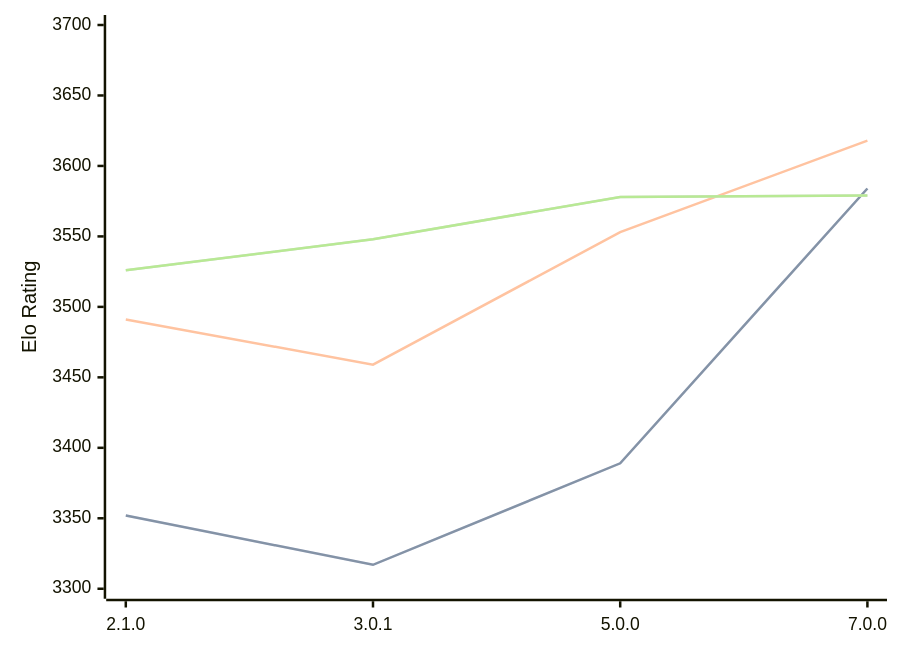
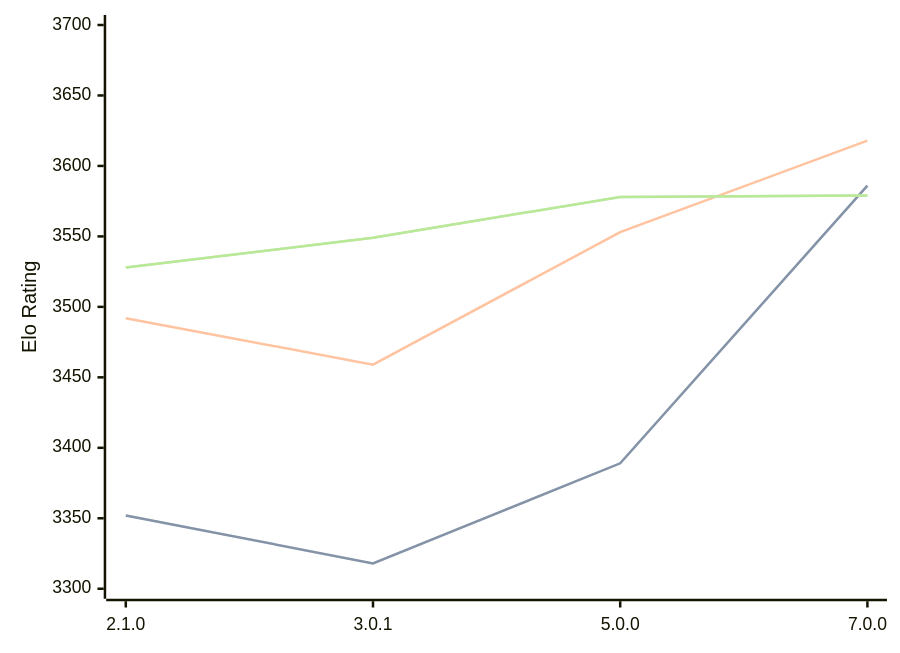
Before and after one commit to computer-chess-index/cci: the diagram in engines/PlentyChess.md, drawn with Mermaid. The commit also changed other lines of this file, not shown here.

Commit message:
Update CCI Ratings (ELO VLTC) - 2026-03-28

````diff
--- a/engines/PlentyChess.md
+++ b/engines/PlentyChess.md
@@ -45,11 +45,11 @@
 ```mermaid
 %%{init: {"theme":"base","themeVariables":{"seriesColors:['#a3a3a3','#222221','#faa371']}}}%%
 xychart-beta
   x-axis ["2.1.0", "3.0.1", "5.0.0", "7.0.0"]
   y-axis "Elo Rating" 3300 --> 3700
-  line "STC (8.0+0.08s)" [3352, 3317, 3389, 3584]
-  line "STC (8.0+0.08s)" [3352, 3317, 3389, 3584]
-  line "LTC (60.0+0.60s)" [3491, 3459, 3553, 3618]
-  line "VLTC (2m24s+1.12s)" [3526, 3548, 3578, 3579]
-  line "VLTC (2m24s+1.12s)" [3526, 3548, 3578, 3579]
+  line "STC (8.0+0.08s)" [3352, 3318, 3389, 3586]
+  line "STC (8.0+0.08s)" [3352, 3318, 3389, 3586]
+  line "LTC (60.0+0.60s)" [3492, 3459, 3553, 3618]
+  line "VLTC (2m24s+1.12s)" [3528, 3549, 3578, 3579]
+  line "VLTC (2m24s+1.12s)" [3528, 3549, 3578, 3579]
 ```
````
